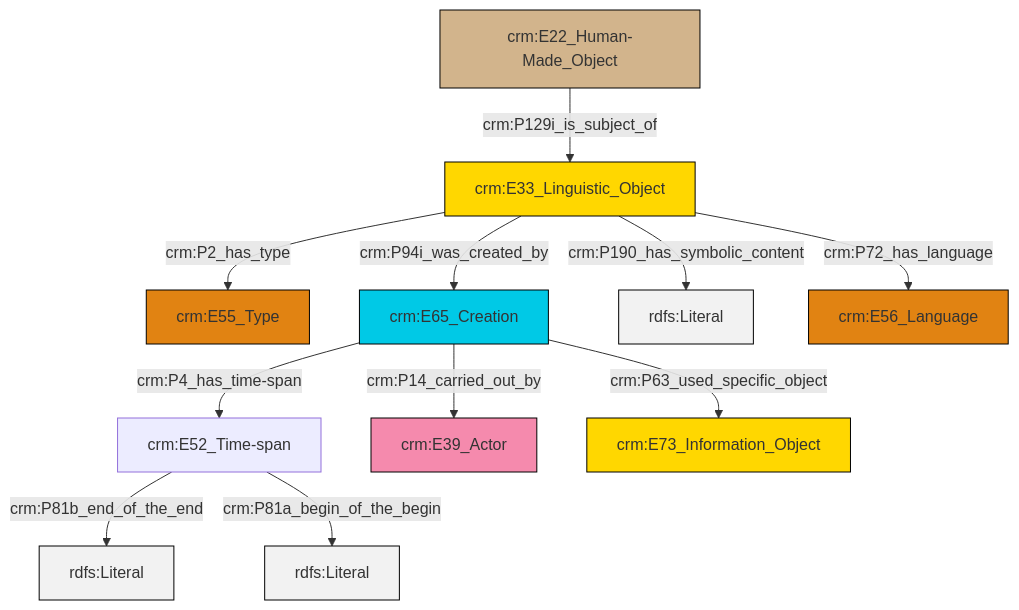
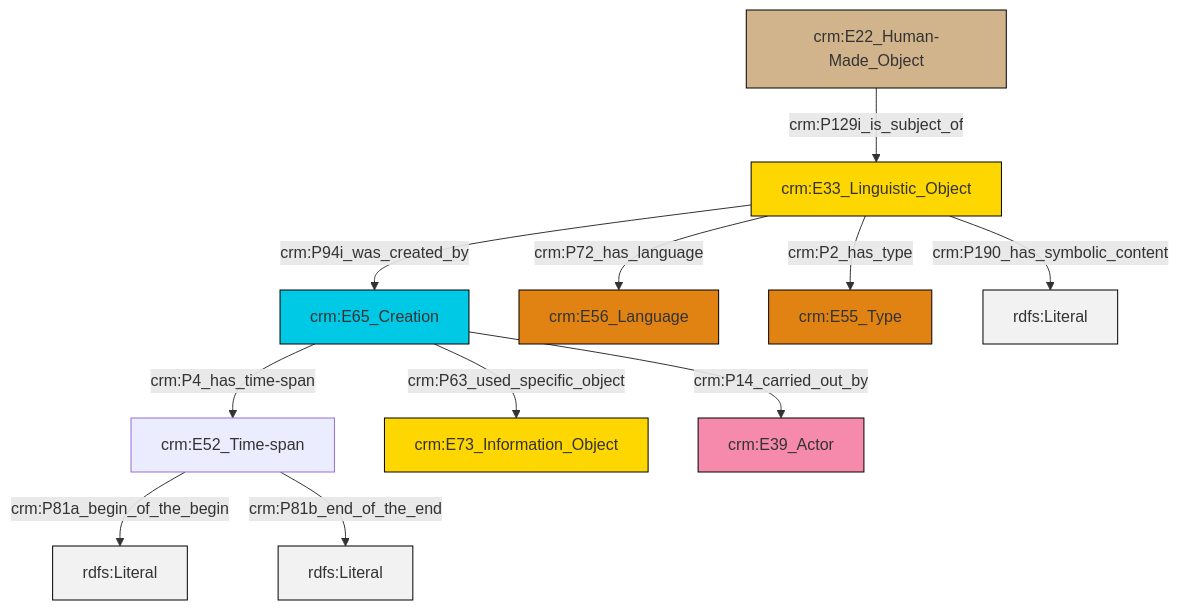
The diagram in et/carrierCSV/ttl/mmd/carrier_description.ttl.mmd (swiss-art-research-net/docs.swissartresearch), drawn with Mermaid before and after one commit. The commit also changed 174 other files, not shown here.

```diff
--- a/et/carrierCSV/ttl/mmd/carrier_description.ttl.mmd
+++ b/et/carrierCSV/ttl/mmd/carrier_description.ttl.mmd
@@ -1,25 +1,25 @@
 graph TD
 classDef Literal fill:#f2f2f2,stroke:#000000;
 classDef CRM_Entity fill:#FFFFFF,stroke:#000000;
 classDef Temporal_Entity fill:#00C9E6, stroke:#000000;
 classDef Type fill:#E18312, stroke:#000000;
 classDef Time-Span fill:#2C9C91, stroke:#000000;
 classDef Appellation fill:#FFEB7F, stroke:#000000;
 classDef Place fill:#008836, stroke:#000000;
 classDef Persistent_Item fill:#B266B2, stroke:#000000;
 classDef Conceptual_Object fill:#FFD700, stroke:#000000;
 classDef Physical_Thing fill:#D2B48C, stroke:#000000;
 classDef Actor fill:#f58aad, stroke:#000000;
 classDef PC_Classes fill:#4ce600, stroke:#000000;
 classDef Multi fill:#cccccc,stroke:#000000;
 
-2["crm:E52_Time-span"]:::Default -->|crm:P81b_end_of_the_end| 3[rdfs:Literal]:::Literal
-6["crm:E65_Creation"]:::Temporal_Entity -->|crm:P4_has_time-span| 2["crm:E52_Time-span"]:::Default
-7["crm:E33_Linguistic_Object"]:::Conceptual_Object -->|crm:P190_has_symbolic_content| 8[rdfs:Literal]:::Literal
-6["crm:E65_Creation"]:::Temporal_Entity -->|crm:P14_carried_out_by| 9["crm:E39_Actor"]:::Actor
-7["crm:E33_Linguistic_Object"]:::Conceptual_Object -->|crm:P94i_was_created_by| 6["crm:E65_Creation"]:::Temporal_Entity
-7["crm:E33_Linguistic_Object"]:::Conceptual_Object -->|crm:P2_has_type| 4["crm:E55_Type"]:::Type
-0["crm:E22_Human-Made_Object"]:::Physical_Thing -->|crm:P129i_is_subject_of| 7["crm:E33_Linguistic_Object"]:::Conceptual_Object
-6["crm:E65_Creation"]:::Temporal_Entity -->|crm:P63_used_specific_object| 11["crm:E73_Information_Object"]:::Conceptual_Object
-7["crm:E33_Linguistic_Object"]:::Conceptual_Object -->|crm:P72_has_language| 12["crm:E56_Language"]:::Type
-2["crm:E52_Time-span"]:::Default -->|crm:P81a_begin_of_the_begin| 18[rdfs:Literal]:::Literal
+0["crm:E33_Linguistic_Object"]:::Conceptual_Object -->|crm:P94i_was_created_by| 1["crm:E65_Creation"]:::Temporal_Entity
+1["crm:E65_Creation"]:::Temporal_Entity -->|crm:P4_has_time-span| 2["crm:E52_Time-span"]:::Default
+0["crm:E33_Linguistic_Object"]:::Conceptual_Object -->|crm:P72_has_language| 3["crm:E56_Language"]:::Type
+1["crm:E65_Creation"]:::Temporal_Entity -->|crm:P63_used_specific_object| 5["crm:E73_Information_Object"]:::Conceptual_Object
+2["crm:E52_Time-span"]:::Default -->|crm:P81a_begin_of_the_begin| 12[rdfs:Literal]:::Literal
+2["crm:E52_Time-span"]:::Default -->|crm:P81b_end_of_the_end| 14[rdfs:Literal]:::Literal
+0["crm:E33_Linguistic_Object"]:::Conceptual_Object -->|crm:P2_has_type| 15["crm:E55_Type"]:::Type
+1["crm:E65_Creation"]:::Temporal_Entity -->|crm:P14_carried_out_by| 8["crm:E39_Actor"]:::Actor
+0["crm:E33_Linguistic_Object"]:::Conceptual_Object -->|crm:P190_has_symbolic_content| 16[rdfs:Literal]:::Literal
+10["crm:E22_Human-Made_Object"]:::Physical_Thing -->|crm:P129i_is_subject_of| 0["crm:E33_Linguistic_Object"]:::Conceptual_Object
```
